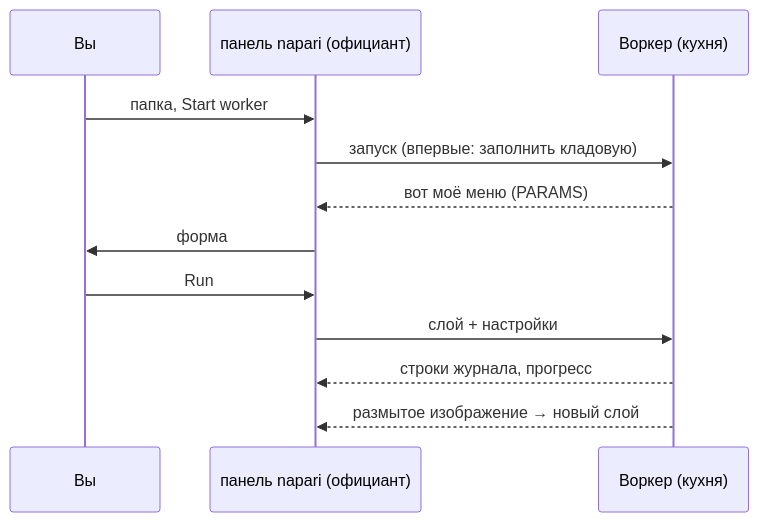
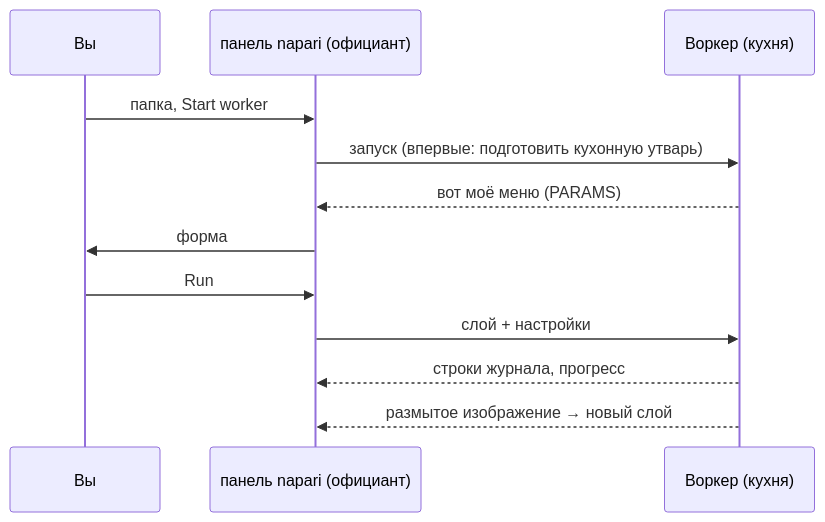
One commit to Oxford-Zeiss-Centre-of-Excellence/Wavu changed the diagram in guide/napari/first-run.ru.md. Above: the diagram before and after it, drawn with Mermaid. The commit also changed other lines of this file and 221 other files, not shown here.

````diff
--- a/guide/napari/first-run.ru.md
+++ b/guide/napari/first-run.ru.md
@@ -11,14 +11,14 @@
 ```mermaid
 sequenceDiagram
     participant You as Вы
     participant N as панель napari (официант)
     participant W as Воркер (кухня)
     You->>N: папка, Start worker
-    N->>W: запуск (впервые: заполнить кладовую)
+    N->>W: запуск (впервые: подготовить кухонную утварь)
     W-->>N: вот моё меню (PARAMS)
     N->>You: форма
     You->>N: Run
     N->>W: слой + настройки
     W-->>N: строки журнала, прогресс
     W-->>N: размытое изображение → новый слой
 ```
````
